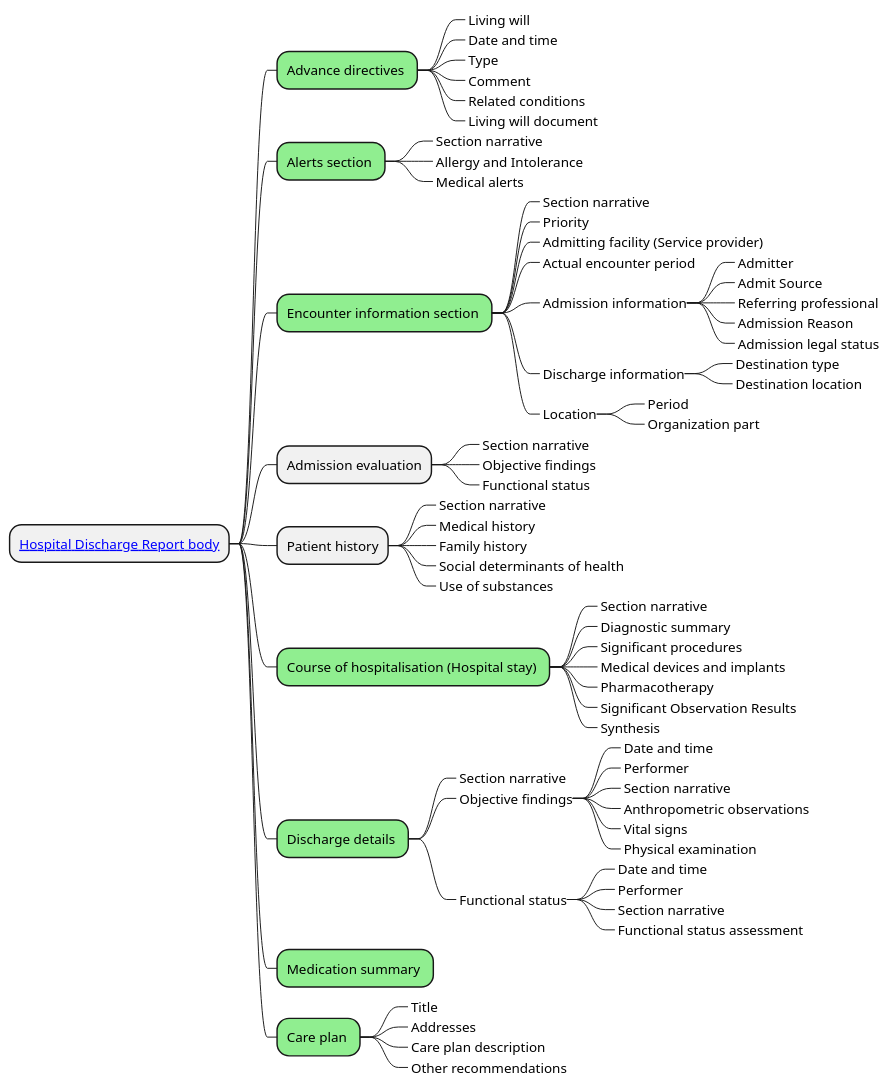
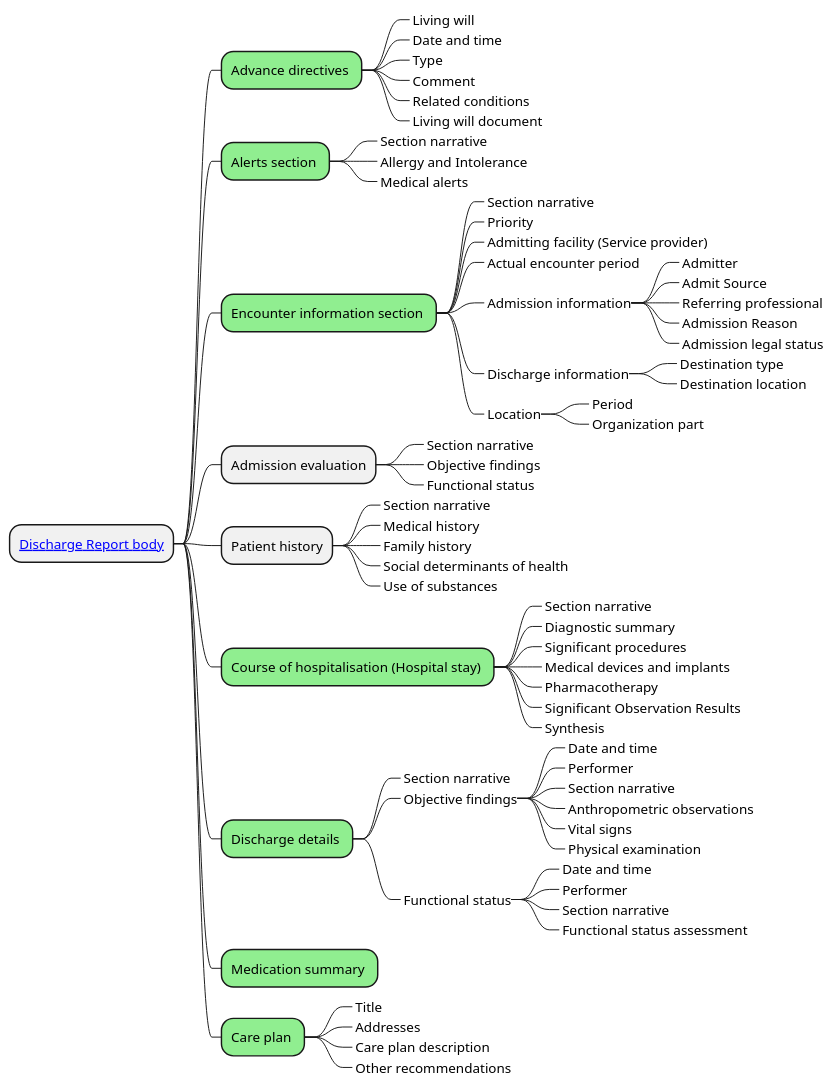
Before and after one commit to Xt-EHR/xt-ehr-common: the diagram in input/images-source/hdrReportBody_CIM_Hihlights.plantuml, drawn with PlantUML. The commit also changed 13 other files, not shown here.

```diff
--- a/input/images-source/hdrReportBody_CIM_Hihlights.plantuml
+++ b/input/images-source/hdrReportBody_CIM_Hihlights.plantuml
@@ -3,77 +3,77 @@
 @startmindmap
 skinparam topurl StructureDefinition-
 <style>
 mindmapDiagram {
     .green {
         BackgroundColor lightgreen
     }
 }
 </style>
-* [[EHDSHospitalDischargeReportBody.html Hospital Discharge Report body]]
+* [[EHDSDischargeReportBody.html Discharge Report body]]
 ** Advance directives <<green>>
 ***_ Living will
 ***_ Date and time
 ***_ Type
 ***_ Comment
 ***_ Related conditions
 ***_ Living will document
 ** Alerts section <<green>>
 ***_ Section narrative
 ***_ Allergy and Intolerance
 ***_ Medical alerts
 ** Encounter information section <<green>>
 ***_ Section narrative
 ***_ Priority
 ***_ Admitting facility (Service provider)
 ***_ Actual encounter period
 ***_ Admission information
 ****_ Admitter
 ****_ Admit Source
 ****_ Referring professional
 ****_ Admission Reason
 ****_ Admission legal status
 ***_ Discharge information
 ****_ Destination type
 ****_ Destination location
 ***_ Location
 ****_ Period
 ****_ Organization part
 ** Admission evaluation
 ***_ Section narrative
 ***_ Objective findings
 ***_ Functional status
 ** Patient history
 ***_ Section narrative
 ***_ Medical history
 ***_ Family history
 ***_ Social determinants of health
 ***_ Use of substances
 ** Course of hospitalisation (Hospital stay) <<green>>
 ***_ Section narrative
 ***_ Diagnostic summary
 ***_ Significant procedures
 ***_ Medical devices and implants
 ***_ Pharmacotherapy
 ***_ Significant Observation Results
 ***_ Synthesis
 ** Discharge details <<green>>
 ***_ Section narrative
 ***_ Objective findings
 ****_ Date and time
 ****_ Performer
 ****_ Section narrative
 ****_ Anthropometric observations
 ****_ Vital signs
 ****_ Physical examination
 ***_ Functional status
 ****_ Date and time
 ****_ Performer
 ****_ Section narrative
 ****_ Functional status assessment
 ** Medication summary <<green>>
 ** Care plan <<green>>
 ***_ Title
 ***_ Addresses
 ***_ Care plan description
 ***_ Other recommendations
 @endmindmap
```
